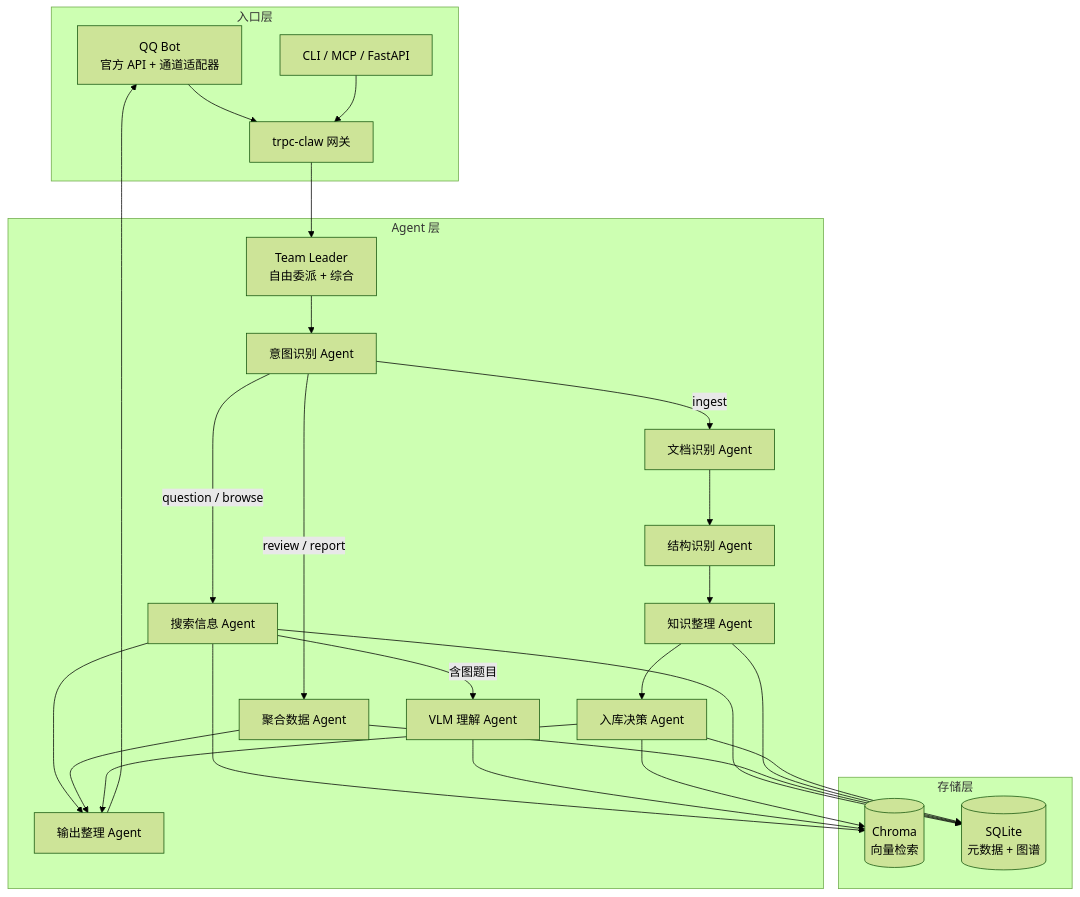
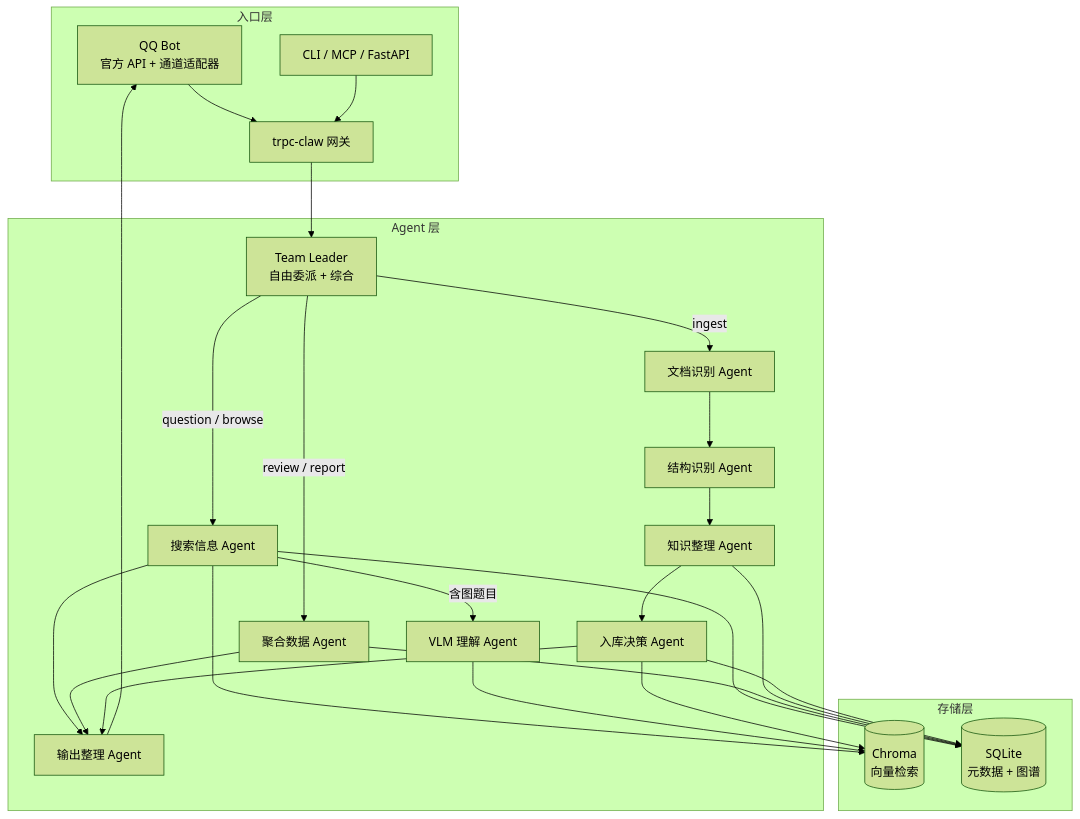
One commit to ttzc/gaokao_rag changed the second of 3 diagrams in docs/architecture.md. Above: the diagram before and after it, drawn with Mermaid (forest theme). The commit also changed other lines of this file and 9 other files, not shown here.

First line of the commit message:
docs: 意图识别内联 Leader 系统提示词（非独立子 Agent）

````diff
--- a/docs/architecture.md
+++ b/docs/architecture.md
@@ -64,34 +63,33 @@
 ```mermaid
 flowchart TB
     subgraph 入口层
         QQ[QQ Bot<br/>官方 API + 通道适配器] --> CLAW[trpc-claw 网关]
         CLI[CLI / MCP / FastAPI] --> CLAW
     end
 
     subgraph Agent 层
         CLAW --> L[Team Leader<br/>自由委派 + 综合]
-        L --> INTENT[意图识别 Agent]
-        INTENT -->|question / browse| SEARCH[搜索信息 Agent]
-        INTENT -->|review / report| AGG[聚合数据 Agent]
-        INTENT -->|ingest| DOC[文档识别 Agent]
+        L -->|question / browse| SEARCH[搜索信息 Agent]
+        L -->|review / report| AGG[聚合数据 Agent]
+        L -->|ingest| DOC[文档识别 Agent]
         SEARCH -->|含图题目| VLM[VLM 理解 Agent]
         SEARCH --> OUT[输出整理 Agent]
         AGG --> OUT
         DOC --> STRUCT[结构识别 Agent]
         STRUCT --> KNOW[知识整理 Agent]
         KNOW --> STORE[入库决策 Agent]
         STORE --> OUT
     end
 
     subgraph 存储层
         SEARCH --> CHROMA[(Chroma<br/>向量检索)]
         SEARCH --> SQL1[(SQLite<br/>元数据 + 图谱)]
         AGG --> SQL1
         VLM --> CHROMA
         KNOW --> SQL1
         STORE --> SQL1
         STORE --> CHROMA
     end
 
     OUT --> QQ
 ```
````
